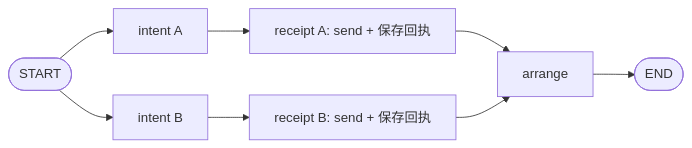
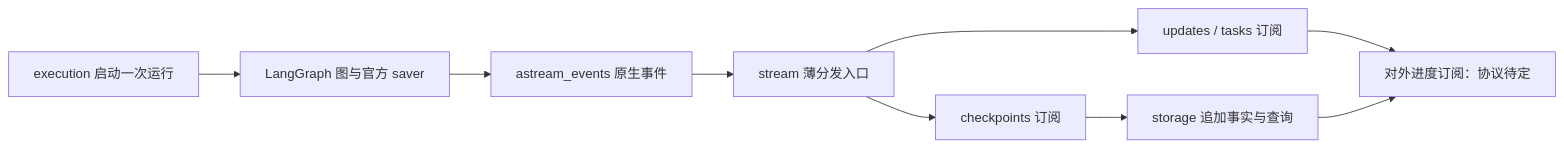
Before and after one commit to striiiiiing/WorkFLowWeave: the second of 2 diagrams in openspec/changes/redesign-workflow/design.md, drawn with Mermaid. The commit also changed other lines of this file and 67 other files, not shown here.

````diff
--- a/openspec/changes/redesign-workflow/design.md
+++ b/openspec/changes/redesign-workflow/design.md
@@ -74,10 +74,11 @@
 ```mermaid
 flowchart LR
-    S([START]) --> I1[intent A]
-    S --> I2[intent B]
-    I1 --> R1[receipt A: send + 保存回执]
-    I2 --> R2[receipt B: send + 保存回执]
-    R1 --> J[arrange]
-    R2 --> J
-    J --> E([END])
+    X[execution 启动一次运行] --> G[LangGraph 图与官方 saver]
+    G --> E[astream_events 原生事件]
+    E --> P[stream 薄分发入口]
+    P --> U[updates / tasks 订阅]
+    P --> C[checkpoints 订阅]
+    C --> S[storage 追加事实与查询]
+    U --> V[对外进度订阅：协议待定]
+    S --> V
 ```
````
